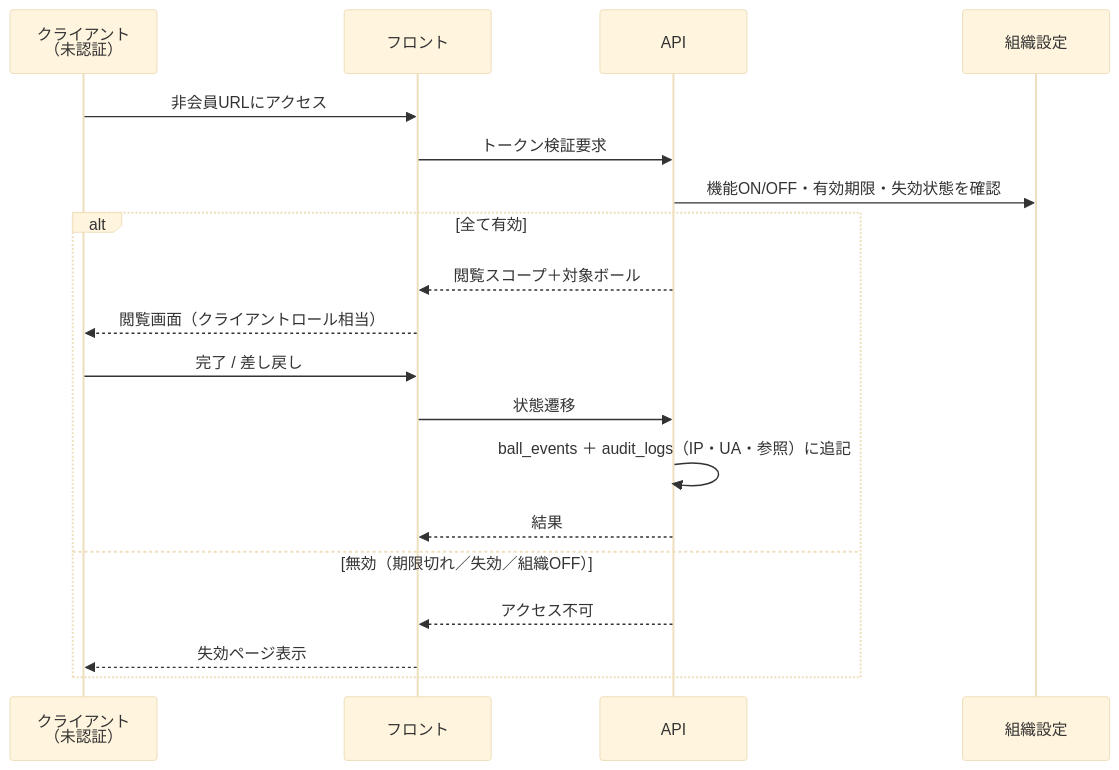
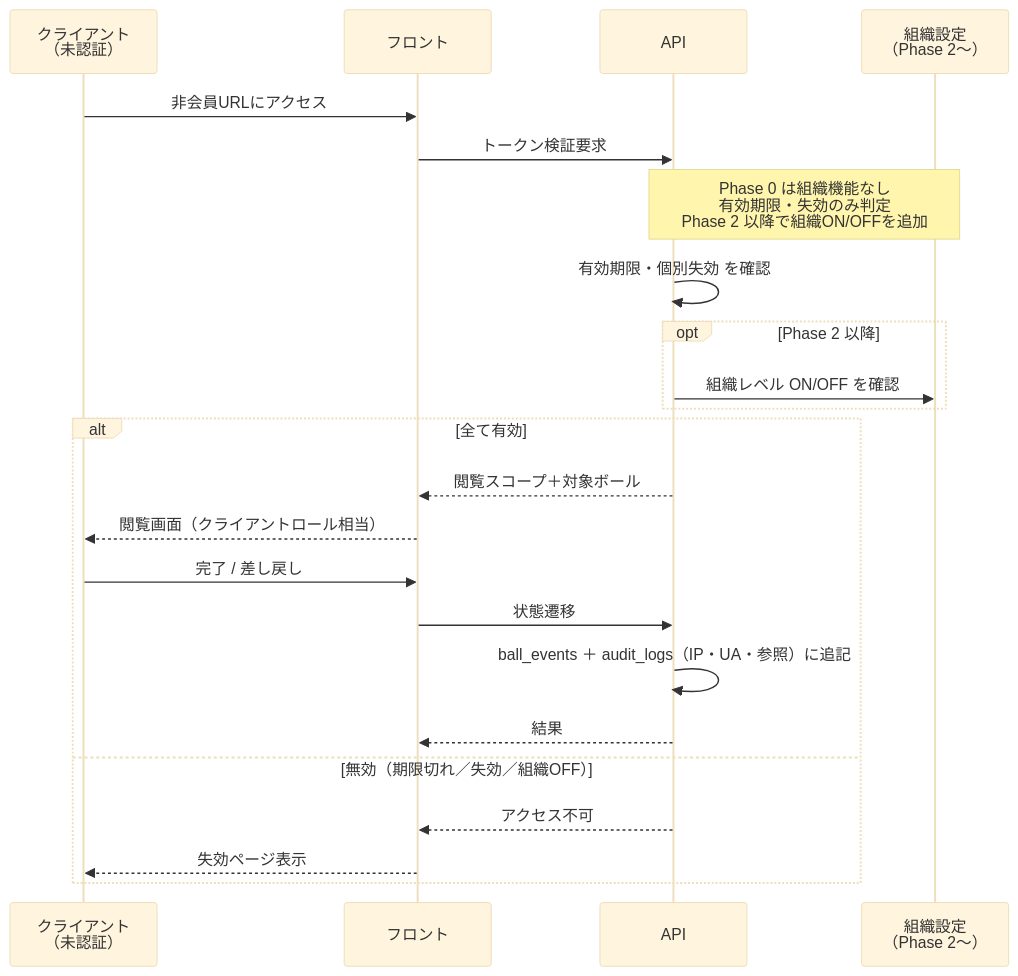
Before and after one commit to OSA-OSAMARU/trakon-app: diagram 11 of 16 in docs/prd/trakon-prd.md, drawn with Mermaid (base theme). The commit also changed other lines of this file and 7 other files, not shown here.

````diff
--- a/docs/prd/trakon-prd.md
+++ b/docs/prd/trakon-prd.md
@@ -944,21 +951,25 @@
 ```mermaid
 sequenceDiagram
     participant C as クライアント<br/>（未認証）
     participant FE as フロント
     participant API as API
-    participant Org as 組織設定
+    participant Org as 組織設定<br/>（Phase 2〜）
     C->>FE: 非会員URLにアクセス
     FE->>API: トークン検証要求
-    API->>Org: 機能ON/OFF・有効期限・失効状態を確認
+    Note over API,Org: Phase 0 は組織機能なし<br/>有効期限・失効のみ判定<br/>Phase 2 以降で組織ON/OFFを追加
+    API->>API: 有効期限・個別失効 を確認
+    opt Phase 2 以降
+        API->>Org: 組織レベル ON/OFF を確認
+    end
     alt 全て有効
         API-->>FE: 閲覧スコープ＋対象ボール
         FE-->>C: 閲覧画面（クライアントロール相当）
         C->>FE: 完了 / 差し戻し
         FE->>API: 状態遷移
         API->>API: ball_events ＋ audit_logs（IP・UA・参照）に追記
         API-->>FE: 結果
     else 無効（期限切れ／失効／組織OFF）
         API-->>FE: アクセス不可
         FE-->>C: 失効ページ表示
     end
 ```
````
